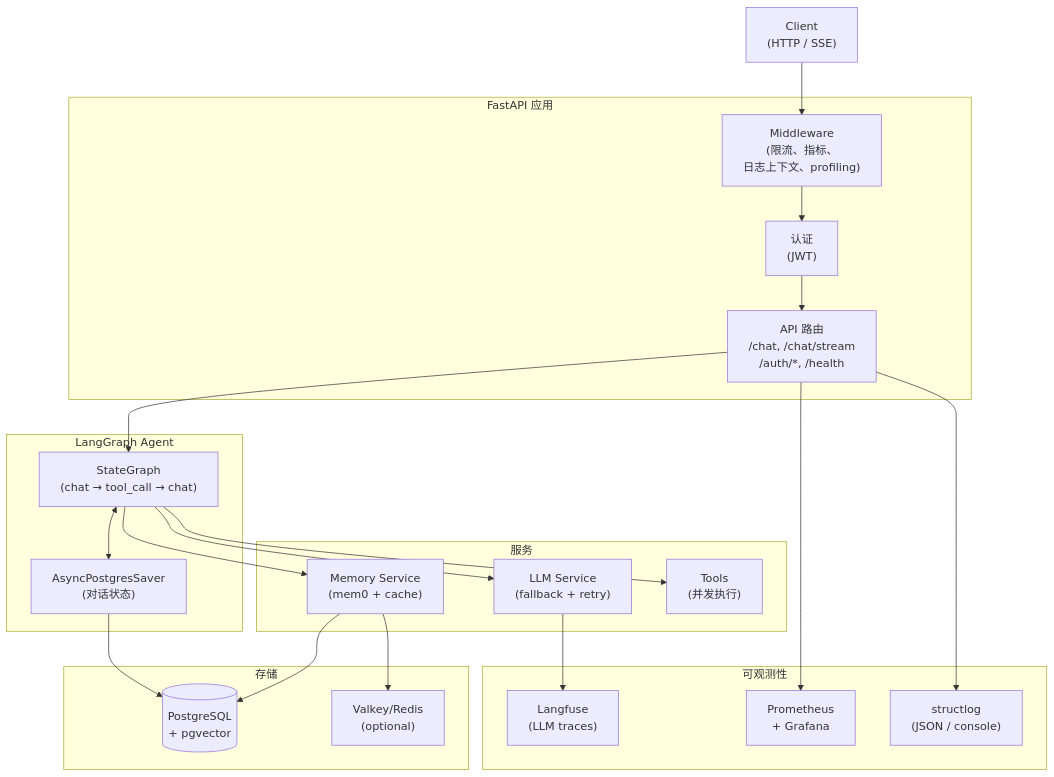
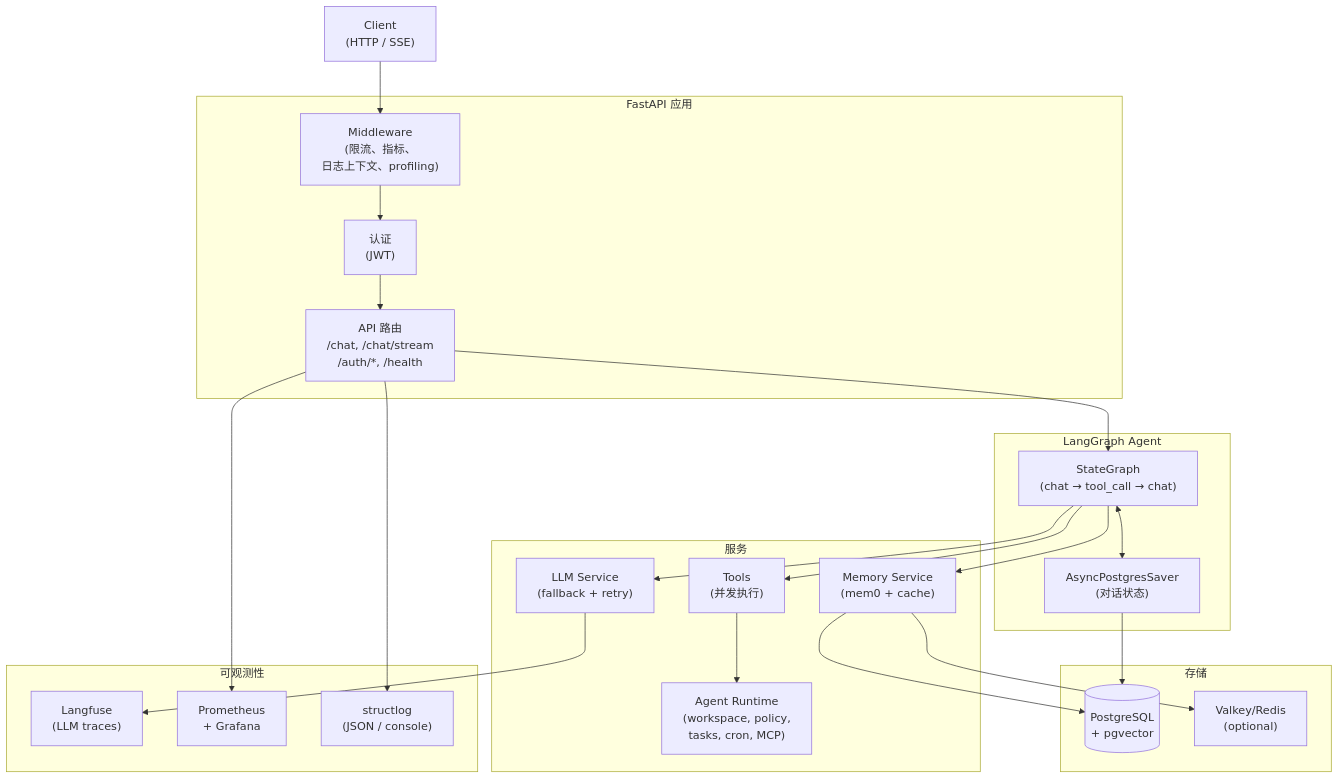
Before and after one commit to sanshi42/fastapi-langgraph-agent-production-ready-template: the first of 3 diagrams in docs/architecture.md, drawn with Mermaid. The commit also changed other lines of this file and 41 other files, not shown here.

Commit message:
feat(AI): 增加 Agent runtime 基础能力

````diff
--- a/docs/architecture.md
+++ b/docs/architecture.md
@@ -5,43 +5,44 @@
 ```mermaid
 graph TB
     Client["Client\n(HTTP / SSE)"]
 
     subgraph FastAPI["FastAPI 应用"]
         MW["Middleware\n(限流、指标、\n日志上下文、profiling)"]
         Auth["认证\n(JWT)"]
         API["API 路由\n/chat, /chat/stream\n/auth/*, /health"]
     end
 
     subgraph Agent["LangGraph Agent"]
         Graph["StateGraph\n(chat → tool_call → chat)"]
         Checkpointer["AsyncPostgresSaver\n(对话状态)"]
     end
 
     subgraph Services["服务"]
         LLM["LLM Service\n(fallback + retry)"]
         Memory["Memory Service\n(mem0 + cache)"]
         Tools["Tools\n(并发执行)"]
+        Runtime["Agent Runtime\n(workspace, policy,\ntasks, cron, MCP)"]
     end
 
     subgraph Storage["存储"]
         PG[("PostgreSQL\n+ pgvector")]
         Cache["Valkey/Redis\n(optional)"]
     end
 
     subgraph Observability["可观测性"]
         Langfuse["Langfuse\n(LLM traces)"]
         Prometheus["Prometheus\n+ Grafana"]
         Logs["structlog\n(JSON / console)"]
     end
 
     Client --> MW --> Auth --> API
     API --> Graph
     Graph --> LLM --> Langfuse
-    Graph --> Tools
+    Graph --> Tools --> Runtime
     Graph --> Memory --> Cache
     Graph <--> Checkpointer
     Memory --> PG
     Checkpointer --> PG
     API --> Prometheus
     API --> Logs
 ```
````
